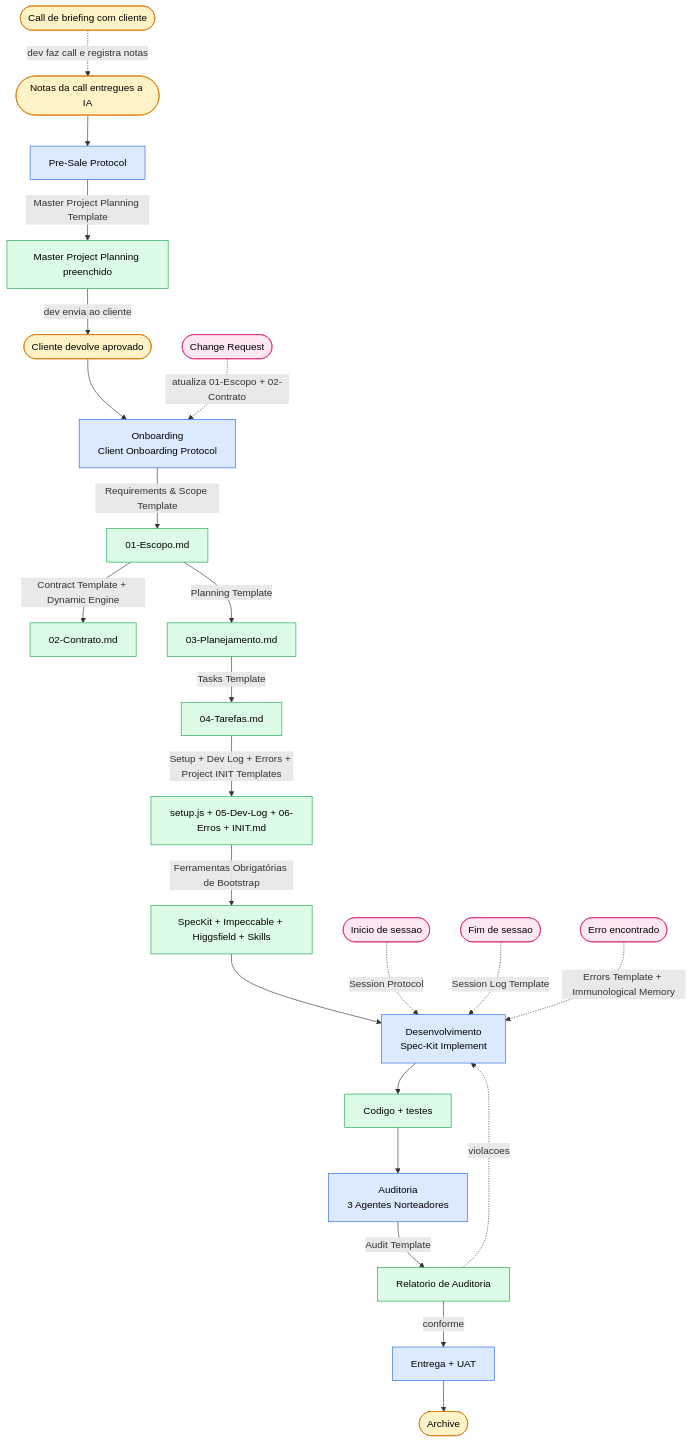
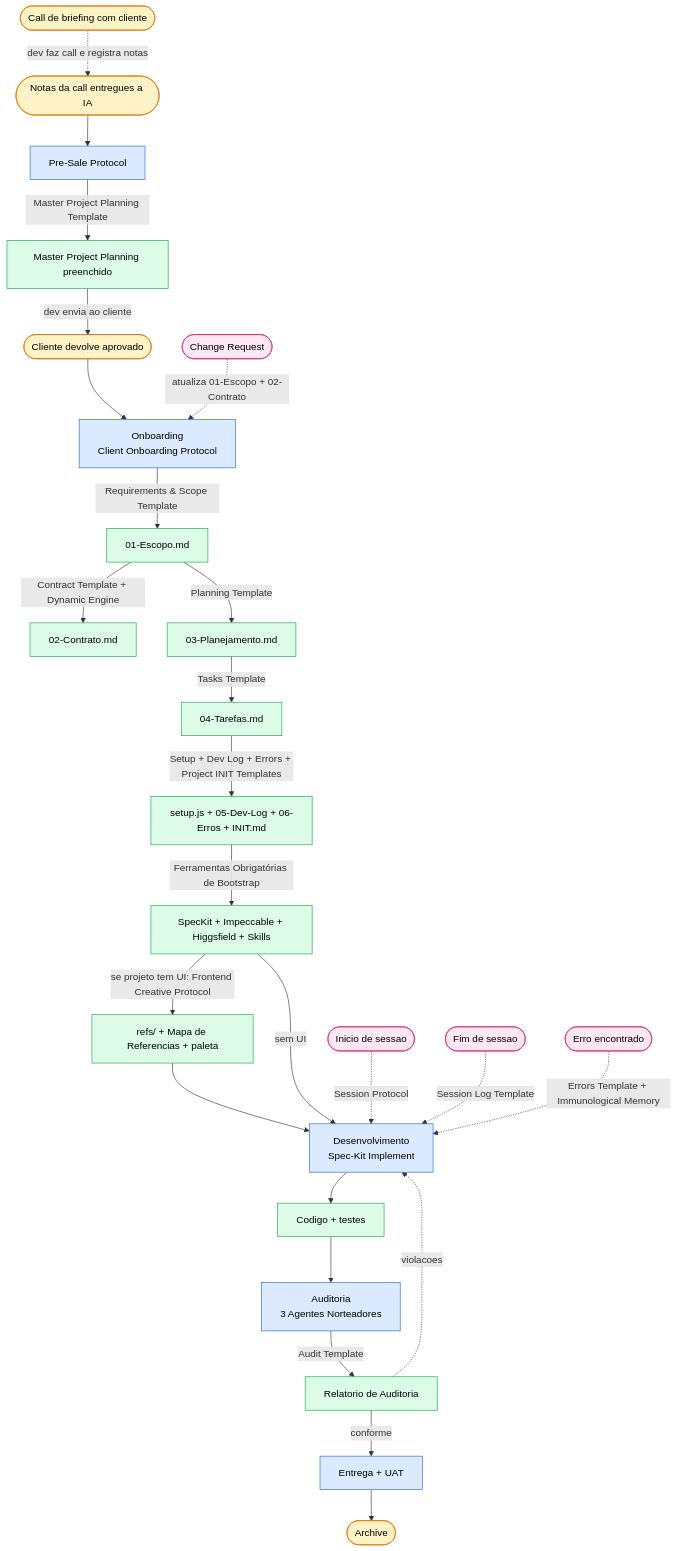
One commit to JoseLuizMendes/Dev changed the diagram in Dev/0 - Planner Project/Master Pipeline & Enforcement.md. Above: the diagram before and after it, drawn with Mermaid. The commit also changed other lines of this file and 6 other files, not shown here.

````diff
--- a/Dev/0 - Planner Project/Master Pipeline & Enforcement.md
+++ b/Dev/0 - Planner Project/Master Pipeline & Enforcement.md
@@ -25,55 +25,58 @@
 ```mermaid
 flowchart TD
     classDef trigger fill:#fef3c7,stroke:#d97706,color:#000
     classDef phase fill:#dbeafe,stroke:#2563eb,color:#000
     classDef artifact fill:#dcfce7,stroke:#16a34a,color:#000
     classDef session fill:#fce7f3,stroke:#db2777,color:#000
 
     T0([Call de briefing com cliente]):::trigger
     T1([Notas da call entregues a IA]):::trigger
     F0[Pre-Sale Protocol]:::phase
     DocBrief[Master Project Planning preenchido]:::artifact
     Cli([Cliente devolve aprovado]):::trigger
     F1[Onboarding<br/>Client Onboarding Protocol]:::phase
     O1[01-Escopo.md]:::artifact
     O2[02-Contrato.md]:::artifact
     O3[03-Planejamento.md]:::artifact
     O4[04-Tarefas.md]:::artifact
     O5[setup.js + 05-Dev-Log + 06-Erros + INIT.md]:::artifact
     F2[Desenvolvimento<br/>Spec-Kit Implement]:::phase
     Cod[Codigo + testes]:::artifact
     F3[Auditoria<br/>3 Agentes Norteadores]:::phase
     Rel[Relatorio de Auditoria]:::artifact
     F4[Entrega + UAT]:::phase
     Arc([Archive]):::trigger
 
     Boot([Inicio de sessao]):::session
     Shut([Fim de sessao]):::session
     Err([Erro encontrado]):::session
     CR([Change Request]):::session
 
     T0 -.->|dev faz call e registra notas| T1
     T1 --> F0
     F0 -->|Master Project Planning Template| DocBrief
     DocBrief -->|dev envia ao cliente| Cli
     Cli --> F1
     F1 -->|Requirements & Scope Template| O1
     O1 -->|Contract Template + Dynamic Engine| O2
     O1 -->|Planning Template| O3
     O3 -->|Tasks Template| O4
     O4 -->|Setup + Dev Log + Errors + Project INIT Templates| O5
     Tooling[SpecKit + Impeccable + Higgsfield + Skills]:::artifact
     O5 -->|Ferramentas Obrigatórias de Bootstrap| Tooling
-    Tooling --> F2
+    Refs[refs/ + Mapa de Referencias + paleta]:::artifact
+    Tooling -->|se projeto tem UI: Frontend Creative Protocol| Refs
+    Refs --> F2
+    Tooling -->|sem UI| F2
     F2 --> Cod
     Cod --> F3
     F3 -->|Audit Template| Rel
     Rel -.->|violacoes| F2
     Rel -->|conforme| F4
     F4 --> Arc
 
     Boot -.->|Session Protocol| F2
     Shut -.->|Session Log Template| F2
     Err -.->|Errors Template + Immunological Memory| F2
     CR -.->|atualiza 01-Escopo + 02-Contrato| F1
 ```
````
